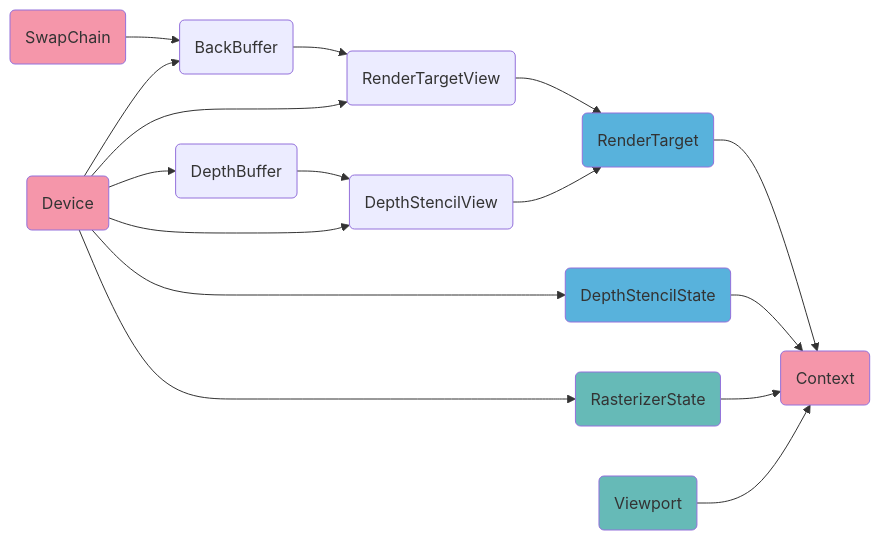
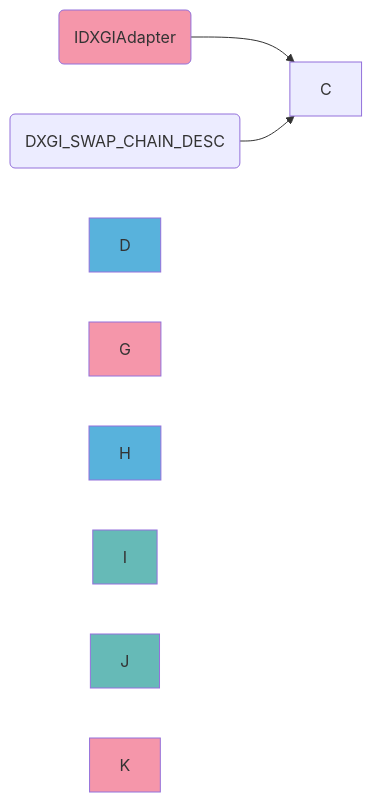
The third of 3 diagrams in _posts/2018-05-29-DX11Note.md (pw1316/pw1316.github.io), drawn with Mermaid before and after one commit. The commit also changed other lines of this file, not shown here.

````diff
--- a/_posts/2018-05-29-DX11Note.md
+++ b/_posts/2018-05-29-DX11Note.md
@@ -83,25 +109,12 @@
 ```mermaid
 graph LR
-A(SwapChain)-->B(BackBuffer)
-B-->C(RenderTargetView)
-C-->D(RenderTarget)
-E(DepthBuffer)-->F(DepthStencilView)
-F-->D
-D-->G(Context)
-H(DepthStencilState)-->G
-I(RasterizerState)-->G
-J(Viewport)-->G
-K(Device)-->B
-K-->C
-K-->E
-K-->F
-K-->H
-K-->I
+A(IDXGIAdapter)-->C
+B(DXGI_SWAP_CHAIN_DESC)-->C
 style A fill:#F596AA;
 style D fill:#58B2DC;
 style G fill:#F596AA;
 style H fill:#58B2DC;
 style I fill:#66BAB7;
 style J fill:#66BAB7;
 style K fill:#F596AA;
 ```
````
